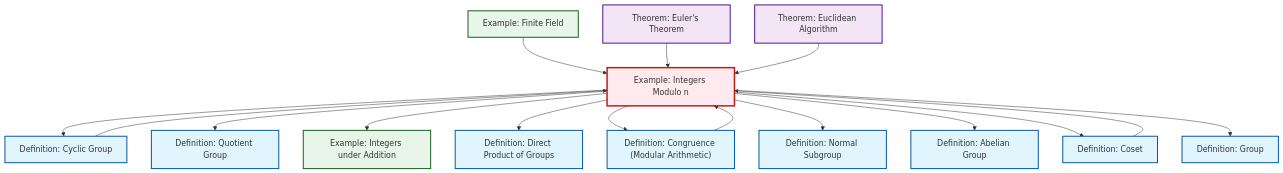
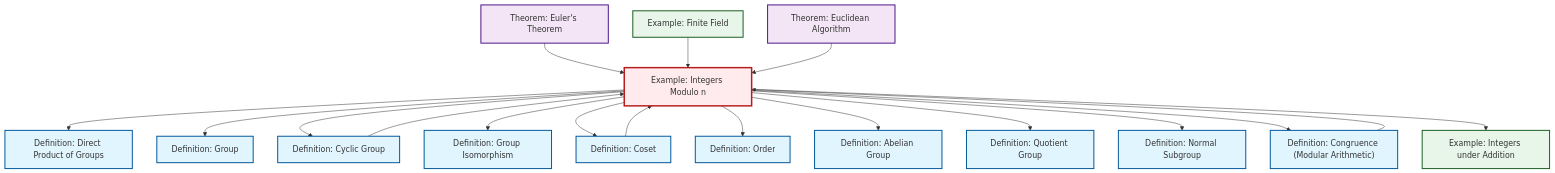
One commit to RK0429/ModernMath changed the diagram in content/en/algebra/ex-quotient-integers-mod-n.qmd. Above: the diagram before and after it, drawn with Mermaid. The commit also changed other lines of this file and 581 other files, not shown here.

````diff
--- a/content/en/algebra/ex-quotient-integers-mod-n.qmd
+++ b/content/en/algebra/ex-quotient-integers-mod-n.qmd
@@ -133,50 +135,56 @@
 ```{mermaid}
 %%| fig-cap: "Local dependency graph"
 graph TD
     classDef definition fill:#e1f5fe,stroke:#01579b,stroke-width:2px
     classDef theorem fill:#f3e5f5,stroke:#4a148c,stroke-width:2px
     classDef axiom fill:#fff3e0,stroke:#e65100,stroke-width:2px
     classDef example fill:#e8f5e9,stroke:#1b5e20,stroke-width:2px
     classDef current fill:#ffebee,stroke:#b71c1c,stroke-width:3px
+    thm-euler["Theorem: Euler's Theorem"]:::theorem
+    def-order["Definition: Order"]:::definition
+    ex-finite-field["Example: Finite Field"]:::example
+    thm-euclidean-algorithm["Theorem: Euclidean Algorithm"]:::theorem
     def-quotient-group["Definition: Quotient Group"]:::definition
+    def-abelian-group["Definition: Abelian Group"]:::definition
+    def-coset["Definition: Coset"]:::definition
+    def-cyclic-group["Definition: Cyclic Group"]:::definition
+    def-congruence["Definition: Congruence (Modular Arithmetic)"]:::definition
     def-direct-product["Definition: Direct Product of Groups"]:::definition
-    ex-finite-field["Example: Finite Field"]:::example
-    def-abelian-group["Definition: Abelian Group"]:::definition
-    ex-quotient-integers-mod-n["Example: Integers Modulo n"]:::example
+    def-isomorphism["Definition: Group Isomorphism"]:::definition
     ex-integers-addition["Example: Integers under Addition"]:::example
-    def-cyclic-group["Definition: Cyclic Group"]:::definition
-    thm-euler["Theorem: Euler's Theorem"]:::theorem
     def-group["Definition: Group"]:::definition
     def-normal-subgroup["Definition: Normal Subgroup"]:::definition
-    def-congruence["Definition: Congruence (Modular Arithmetic)"]:::definition
-    def-coset["Definition: Coset"]:::definition
-    thm-euclidean-algorithm["Theorem: Euclidean Algorithm"]:::theorem
+    ex-quotient-integers-mod-n["Example: Integers Modulo n"]:::example
+    ex-quotient-integers-mod-n --> def-direct-product
+    thm-euler --> ex-quotient-integers-mod-n
+    ex-quotient-integers-mod-n --> def-group
+    def-cyclic-group --> ex-quotient-integers-mod-n
     ex-quotient-integers-mod-n --> def-cyclic-group
-    ex-quotient-integers-mod-n --> def-quotient-group
-    ex-quotient-integers-mod-n --> ex-integers-addition
-    ex-quotient-integers-mod-n --> def-direct-product
-    ex-quotient-integers-mod-n --> def-congruence
+    ex-quotient-integers-mod-n --> def-isomorphism
+    ex-quotient-integers-mod-n --> def-coset
     ex-finite-field --> ex-quotient-integers-mod-n
-    ex-quotient-integers-mod-n --> def-normal-subgroup
-    def-coset --> ex-quotient-integers-mod-n
-    thm-euler --> ex-quotient-integers-mod-n
+    ex-quotient-integers-mod-n --> def-order
     thm-euclidean-algorithm --> ex-quotient-integers-mod-n
     ex-quotient-integers-mod-n --> def-abelian-group
-    ex-quotient-integers-mod-n --> def-coset
-    ex-quotient-integers-mod-n --> def-group
+    ex-quotient-integers-mod-n --> def-quotient-group
+    ex-quotient-integers-mod-n --> def-normal-subgroup
+    ex-quotient-integers-mod-n --> def-congruence
     def-congruence --> ex-quotient-integers-mod-n
-    def-cyclic-group --> ex-quotient-integers-mod-n
+    ex-quotient-integers-mod-n --> ex-integers-addition
+    def-coset --> ex-quotient-integers-mod-n
     class ex-quotient-integers-mod-n current
+    click thm-euler "thm-euler.html" "Go to Euler's Theorem theorem"
+    click def-order "def-order.html" "Go to Order definition"
+    click ex-finite-field "ex-finite-field.html" "Go to Finite Field example"
+    click thm-euclidean-algorithm "thm-euclidean-algorithm.html" "Go to Euclidean Algorithm theorem"
     click def-quotient-group "def-quotient-group.html" "Go to Quotient Group definition"
+    click def-abelian-group "def-abelian-group.html" "Go to Abelian Group definition"
+    click def-coset "def-coset.html" "Go to Coset definition"
+    click def-cyclic-group "def-cyclic-group.html" "Go to Cyclic Group definition"
+    click def-congruence "def-congruence.html" "Go to Congruence (Modular Arithmetic) definition"
     click def-direct-product "def-direct-product.html" "Go to Direct Product of Groups definition"
-    click ex-finite-field "ex-finite-field.html" "Go to Finite Field example"
-    click def-abelian-group "def-abelian-group.html" "Go to Abelian Group definition"
+    click def-isomorphism "def-isomorphism.html" "Go to Group Isomorphism definition"
     click ex-integers-addition "ex-integers-addition.html" "Go to Integers under Addition example"
-    click def-cyclic-group "def-cyclic-group.html" "Go to Cyclic Group definition"
-    click thm-euler "thm-euler.html" "Go to Euler's Theorem theorem"
     click def-group "def-group.html" "Go to Group definition"
     click def-normal-subgroup "def-normal-subgroup.html" "Go to Normal Subgroup definition"
-    click def-congruence "def-congruence.html" "Go to Congruence (Modular Arithmetic) definition"
-    click def-coset "def-coset.html" "Go to Coset definition"
-    click thm-euclidean-algorithm "thm-euclidean-algorithm.html" "Go to Euclidean Algorithm theorem"
 ```
````
